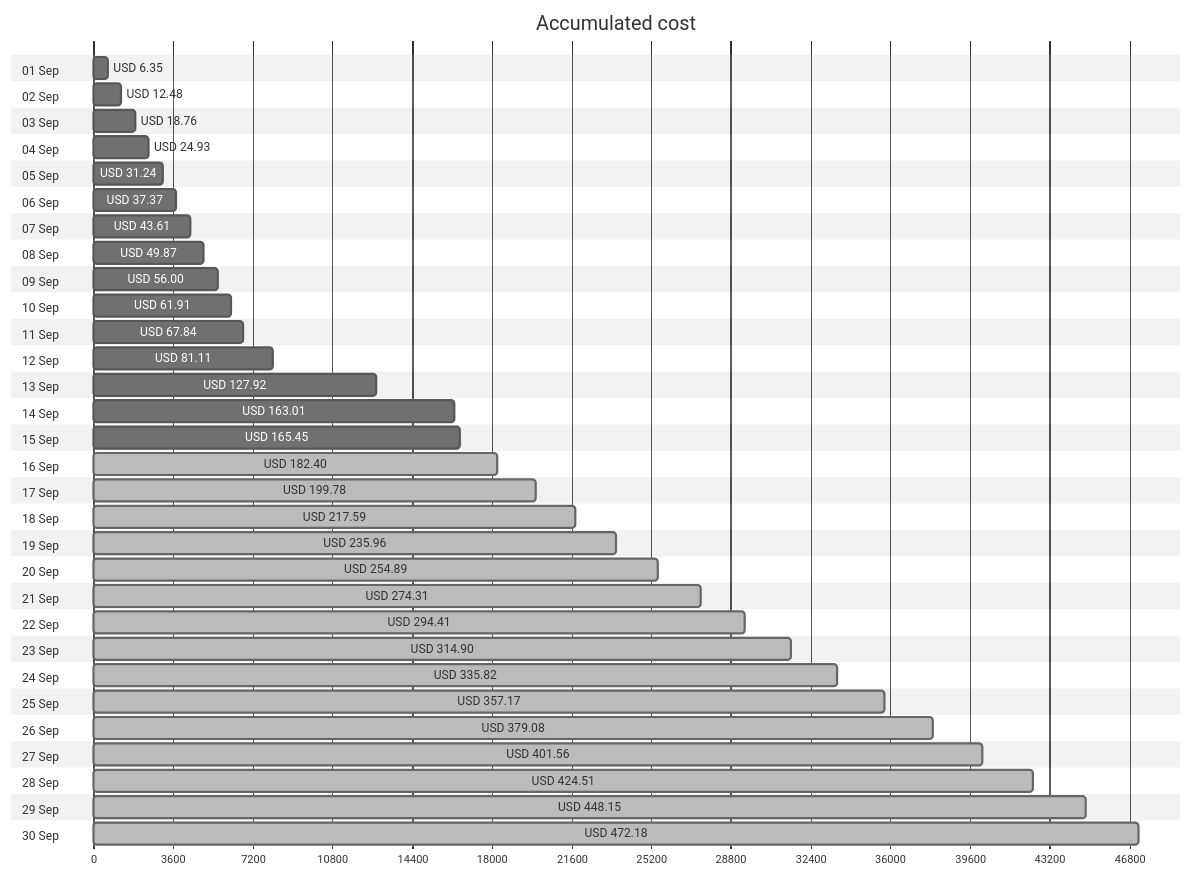
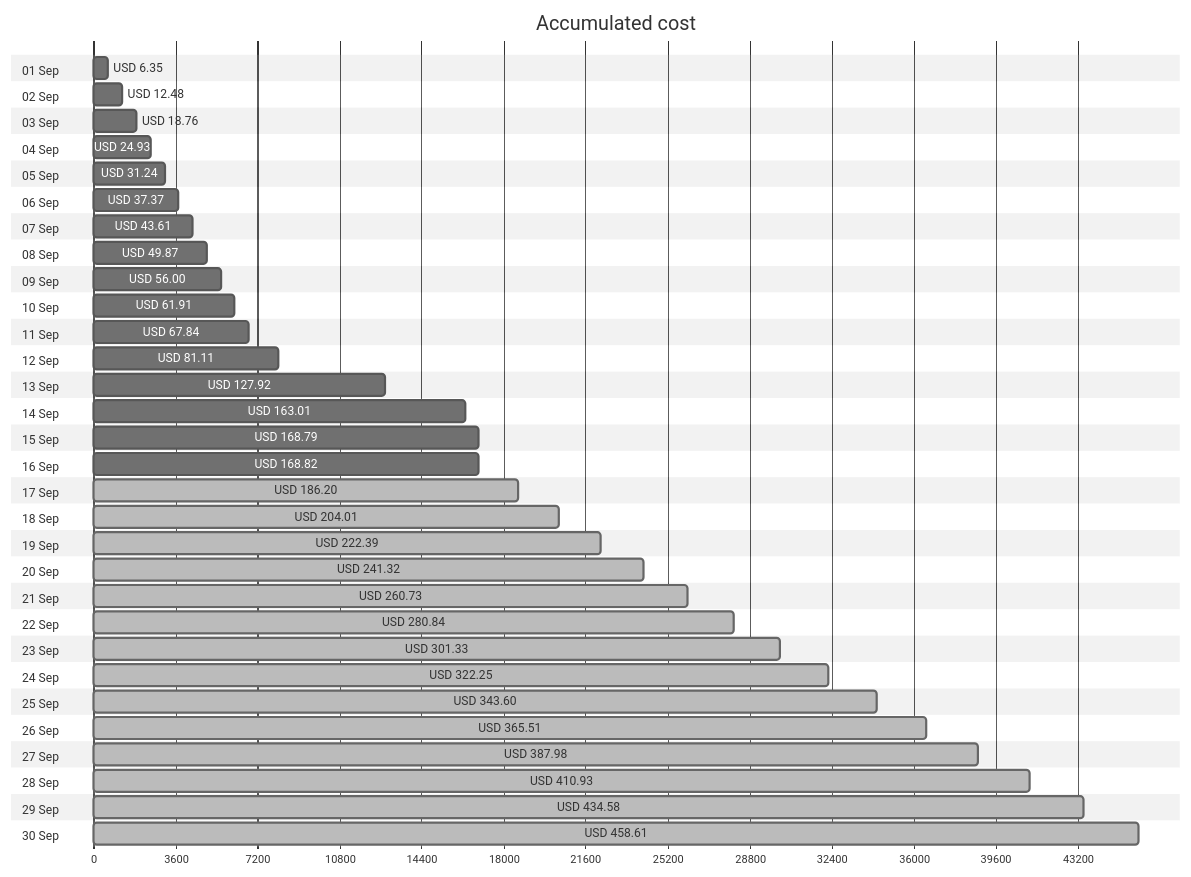
Before and after one commit to jpfulton/azure-personal-reports: the first of 4 diagrams in cost-reports/accumulated-cost.md, drawn with Mermaid (neutral theme). The commit also changed other lines of this file and 3 other files, not shown here.

````diff
--- a/cost-reports/accumulated-cost.md
+++ b/cost-reports/accumulated-cost.md
@@ -20,66 +20,66 @@
 ```mermaid
 gantt
    title Accumulated cost
    dateFormat  X
    axisFormat %s
    section 01 Sep
    USD 6.35 :0, 635
    section 02 Sep
    USD 12.48 :0, 1248
    section 03 Sep
    USD 18.76 :0, 1876
    section 04 Sep
    USD 24.93 :0, 2493
    section 05 Sep
    USD 31.24 :0, 3124
    section 06 Sep
    USD 37.37 :0, 3737
    section 07 Sep
    USD 43.61 :0, 4361
    section 08 Sep
    USD 49.87 :0, 4987
    section 09 Sep
    USD 56.00 :0, 5600
    section 10 Sep
    USD 61.91 :0, 6191
    section 11 Sep
    USD 67.84 :0, 6784
    section 12 Sep
    USD 81.11 :0, 8111
    section 13 Sep
    USD 127.92 :0, 12792
    section 14 Sep
    USD 163.01 :0, 16301
    section 15 Sep
-   USD 165.45 :0, 16545
+   USD 168.79 :0, 16879
    section 16 Sep
-   USD 182.40 : done, 0, 18240
+   USD 168.82 :0, 16882
    section 17 Sep
-   USD 199.78 : done, 0, 19978
+   USD 186.20 : done, 0, 18620
    section 18 Sep
-   USD 217.59 : done, 0, 21759
+   USD 204.01 : done, 0, 20401
    section 19 Sep
-   USD 235.96 : done, 0, 23596
+   USD 222.39 : done, 0, 22239
    section 20 Sep
-   USD 254.89 : done, 0, 25489
+   USD 241.32 : done, 0, 24132
    section 21 Sep
-   USD 274.31 : done, 0, 27431
+   USD 260.73 : done, 0, 26073
    section 22 Sep
-   USD 294.41 : done, 0, 29441
+   USD 280.84 : done, 0, 28084
    section 23 Sep
-   USD 314.90 : done, 0, 31490
+   USD 301.33 : done, 0, 30133
    section 24 Sep
-   USD 335.82 : done, 0, 33582
+   USD 322.25 : done, 0, 32225
    section 25 Sep
-   USD 357.17 : done, 0, 35717
+   USD 343.60 : done, 0, 34360
    section 26 Sep
-   USD 379.08 : done, 0, 37908
+   USD 365.51 : done, 0, 36551
    section 27 Sep
-   USD 401.56 : done, 0, 40156
+   USD 387.98 : done, 0, 38798
    section 28 Sep
-   USD 424.51 : done, 0, 42451
+   USD 410.93 : done, 0, 41093
    section 29 Sep
-   USD 448.15 : done, 0, 44815
+   USD 434.58 : done, 0, 43458
    section 30 Sep
-   USD 472.18 : done, 0, 47218
+   USD 458.61 : done, 0, 45861
 ```
````
